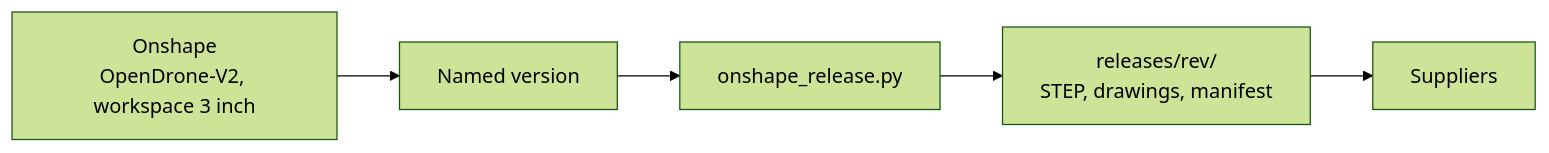
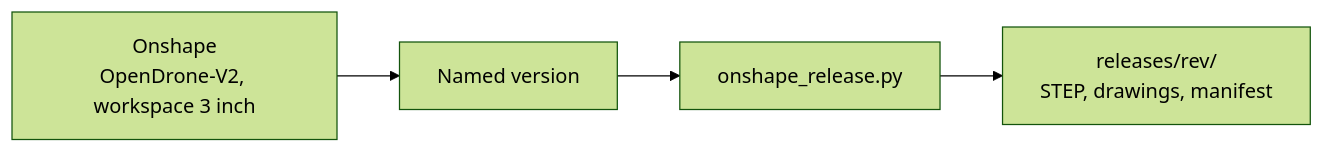
Before and after one commit to OpenDrone-hw/OpenFrame-3F: the diagram in README.md, drawn with Mermaid (forest theme). The commit also changed 2 other files, not shown here.

Commit message:
Remove the frame's personal owner name and the sourcing pointer (#8)
cad/onshape.json names a role instead of a person in the document owner
field (the release and fit tools read the owner from the Onshape API and
only print this file's value). The README diagram no longer ends in a
supplier node. AGENTS.md carries the durable sourcing rule.

Removes: the owner's personal name from HEAD, the Suppliers node.

````diff
--- a/README.md
+++ b/README.md
@@ -17,7 +17,6 @@
 ```mermaid
 flowchart LR
   O["Onshape<br/>OpenDrone-V2, workspace 3 inch"] --> V["Named version"]
   V --> E["onshape_release.py"]
   E --> R["releases/rev/<br/>STEP, drawings, manifest"]
-  R --> S["Suppliers"]
 ```
````
